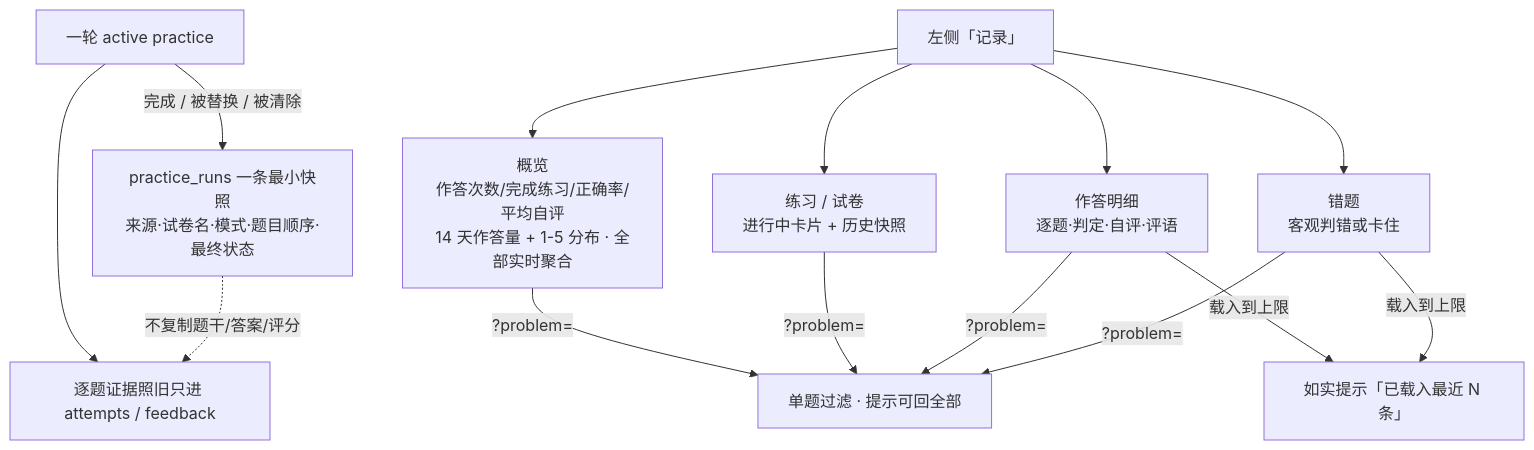
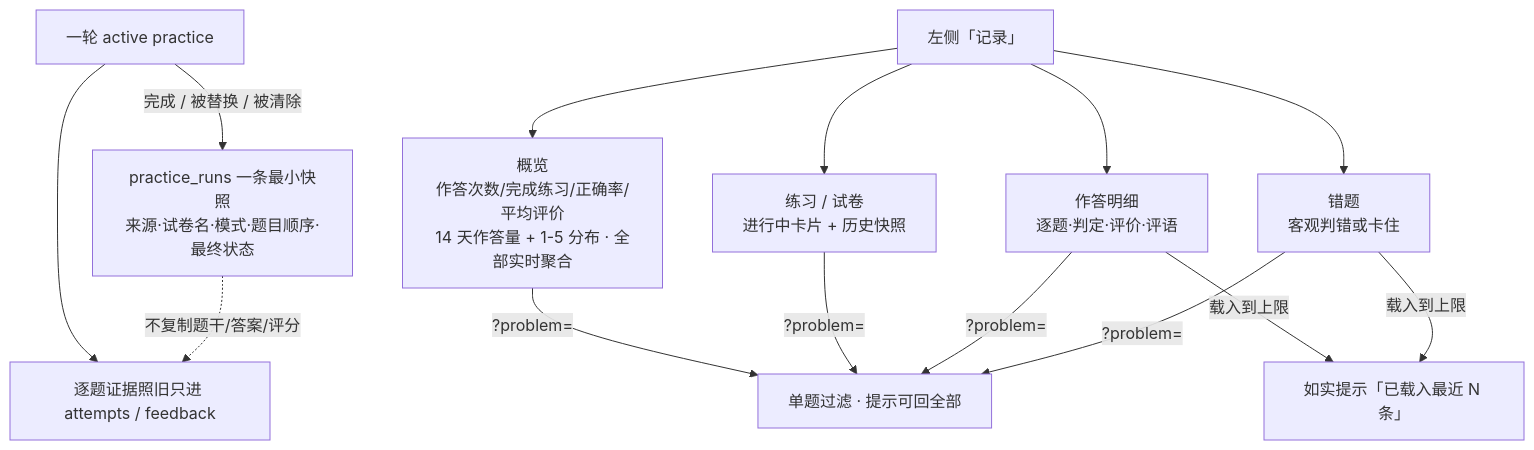
One commit to Amazinnn/Lesson-Kit changed the eighth of 12 diagrams in docs/action-graph/L4-workflows.md. Above: the diagram before and after it, drawn with Mermaid. The commit also changed other lines of this file and 40 other files, not shown here.

````diff
--- a/docs/action-graph/L4-workflows.md
+++ b/docs/action-graph/L4-workflows.md
@@ -283,13 +283,13 @@
 ```mermaid
 flowchart TD
   A[一轮 active practice] -- 完成 / 被替换 / 被清除 --> B[practice_runs 一条最小快照<br/>来源·试卷名·模式·题目顺序·最终状态]
   A --> C[逐题证据照旧只进 attempts / feedback]
 
-  D[左侧「记录」] --> E[概览<br/>作答次数/完成练习/正确率/平均自评<br/>14 天作答量 + 1-5 分布 · 全部实时聚合]
+  D[左侧「记录」] --> E[概览<br/>作答次数/完成练习/正确率/平均评价<br/>14 天作答量 + 1-5 分布 · 全部实时聚合]
   D --> F[练习 / 试卷<br/>进行中卡片 + 历史快照]
-  D --> G[作答明细<br/>逐题·判定·自评·评语]
+  D --> G[作答明细<br/>逐题·判定·评价·评语]
   D --> H[错题<br/>客观判错或卡住]
   G & H -- 载入到上限 --> I[如实提示「已载入最近 N 条」]
   E & F & G & H -- ?problem= --> J[单题过滤 · 提示可回全部]
   B -. 不复制题干/答案/评分 .-> C
 ```
````
